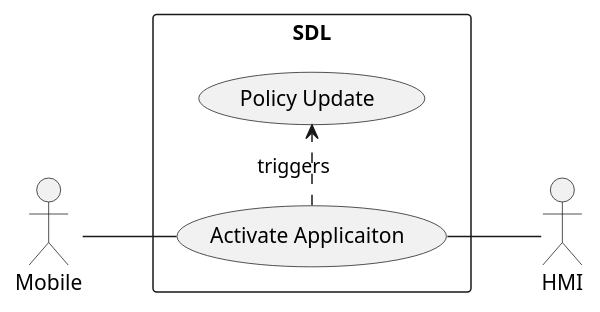
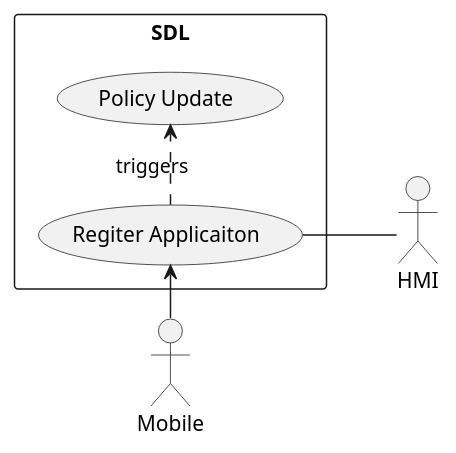
The diagram in docs/use_cases/application_registration/assets/app_registration_use_case.puml (ovvasyliev/sdl_core), drawn with PlantUML before and after one commit.

```diff
--- a/docs/use_cases/application_registration/assets/app_registration_use_case.puml
+++ b/docs/use_cases/application_registration/assets/app_registration_use_case.puml
@@ -1,10 +1,10 @@
 @startuml
 left to right direction
 actor Mobile
 actor HMI
 rectangle SDL {
-  Mobile -- (Activate Applicaiton)
-  (Activate Applicaiton) .> (Policy Update) : triggers
-  (Activate Applicaiton) -- HMI
+  Mobile -> (Regiter Applicaiton)
+  (Regiter Applicaiton) .> (Policy Update) : triggers
+  (Regiter Applicaiton) -- HMI
 }
 @enduml
```
